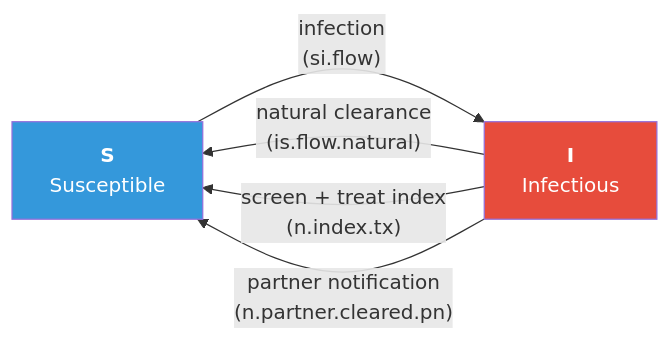
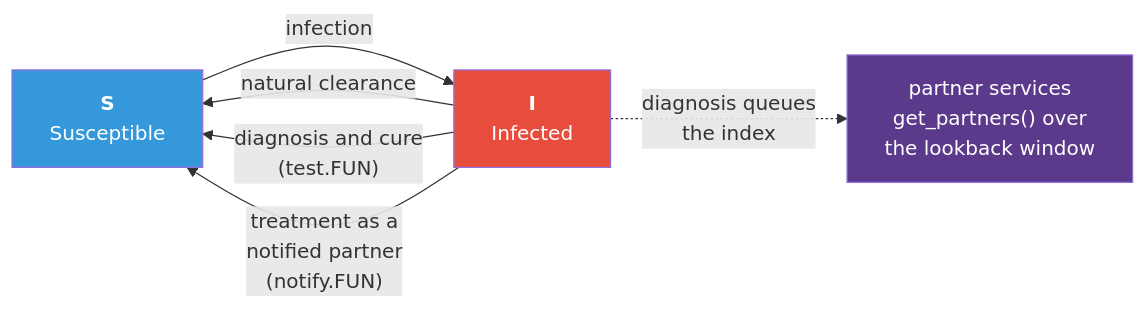
The diagram in examples/sis-partner-notification/README.md (EpiModel/EpiModel-Gallery), drawn with Mermaid before and after one commit. The commit also changed other lines of this file and 12 other files, not shown here.

````diff
--- a/examples/sis-partner-notification/README.md
+++ b/examples/sis-partner-notification/README.md
@@ -30,10 +16,12 @@
 ```mermaid
 flowchart LR
-    S["<b>S</b><br/>Susceptible"] -->|"infection<br/>(si.flow)"| I
-    I["<b>I</b><br/>Infectious"] -->|"natural clearance<br/>(is.flow.natural)"| S
-    I -->|"screen + treat index<br/>(n.index.tx)"| S
-    I -->|"partner notification<br/>(n.partner.cleared.pn)"| S
+    S["<b>S</b><br/>Susceptible"] -->|"infection"| I["<b>I</b><br/>Infected"]
+    I -->|"natural clearance"| S
+    I -->|"diagnosis and cure<br/>(test.FUN)"| S
+    I -->|"treatment as a<br/>notified partner<br/>(notify.FUN)"| S
+    I -.->|"diagnosis queues<br/>the index"| PN["partner services<br/>get_partners() over<br/>the lookback window"]
 
     style S fill:#3498db,color:#fff
     style I fill:#e74c3c,color:#fff
+    style PN fill:#5b3a8c,color:#fff
 ```
````
